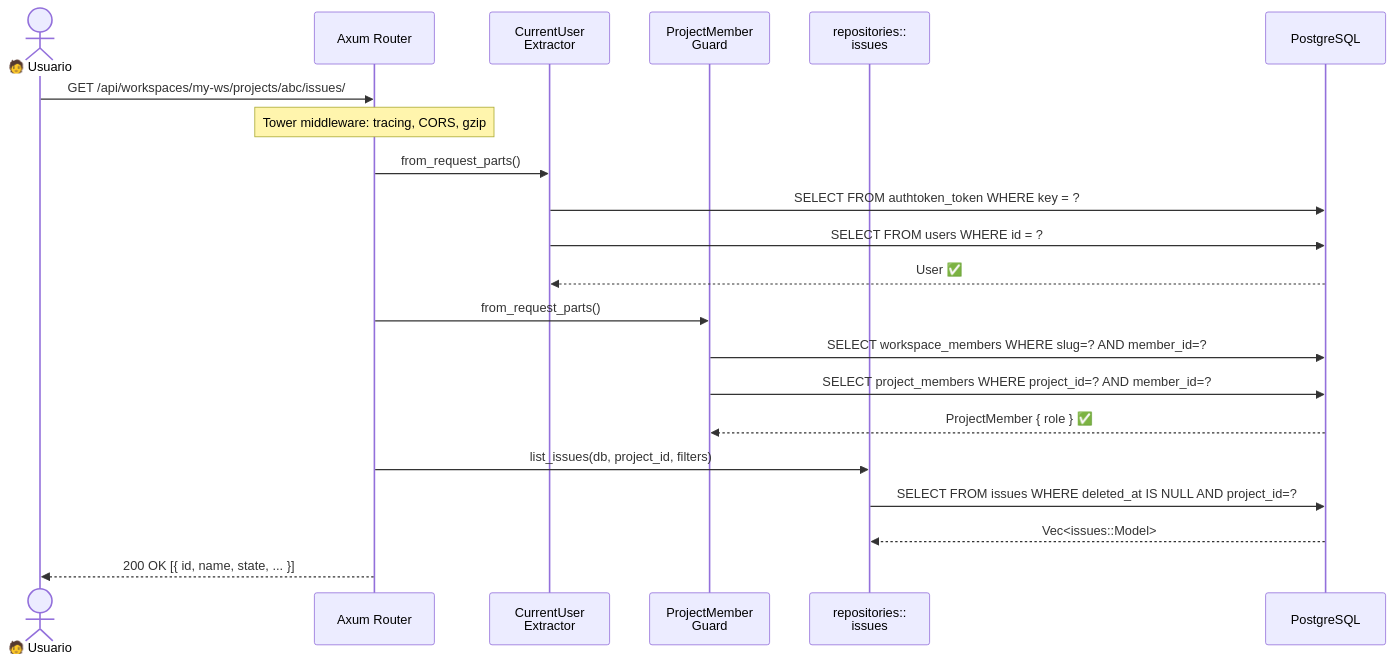
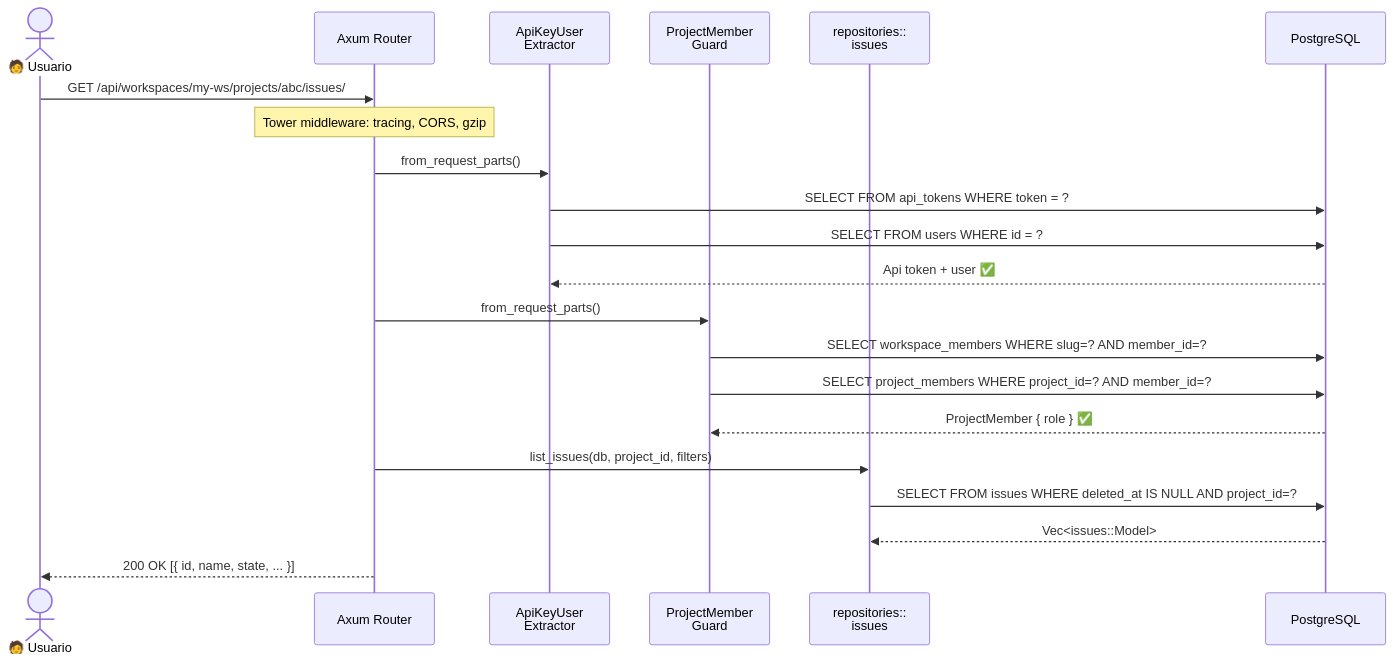
Before and after one commit to codecsrayo/plane: the second of 9 diagrams in docs/api-rust/ref-diagramas-secuencia.md, drawn with Mermaid. The commit also changed 10 other files, not shown here.

Commit message:
docs(api-rust): alinear referencias tras eliminar CurrentUser

````diff
--- a/docs/api-rust/ref-diagramas-secuencia.md
+++ b/docs/api-rust/ref-diagramas-secuencia.md
@@ -66,24 +66,24 @@
 ```mermaid
 sequenceDiagram
     actor User as 🧑 Usuario
     participant Axum as Axum Router
-    participant Auth as CurrentUser<br/>Extractor
+    participant Auth as ApiKeyUser<br/>Extractor
     participant Guard as ProjectMember<br/>Guard
     participant Repo as repositories::<br/>issues
     participant DB as PostgreSQL
 
     User->>Axum: GET /api/workspaces/my-ws/projects/abc/issues/
     Note over Axum: Tower middleware: tracing, CORS, gzip
     Axum->>Auth: from_request_parts()
-    Auth->>DB: SELECT FROM authtoken_token WHERE key = ?
+    Auth->>DB: SELECT FROM api_tokens WHERE token = ?
     Auth->>DB: SELECT FROM users WHERE id = ?
-    DB-->>Auth: User ✅
+    DB-->>Auth: Api token + user ✅
     Axum->>Guard: from_request_parts()
     Guard->>DB: SELECT workspace_members WHERE slug=? AND member_id=?
     Guard->>DB: SELECT project_members WHERE project_id=? AND member_id=?
     DB-->>Guard: ProjectMember { role } ✅
     Axum->>Repo: list_issues(db, project_id, filters)
     Repo->>DB: SELECT FROM issues WHERE deleted_at IS NULL AND project_id=?
     DB-->>Repo: Vec<issues::Model>
     Axum-->>User: 200 OK [{ id, name, state, ... }]
 ```
````
